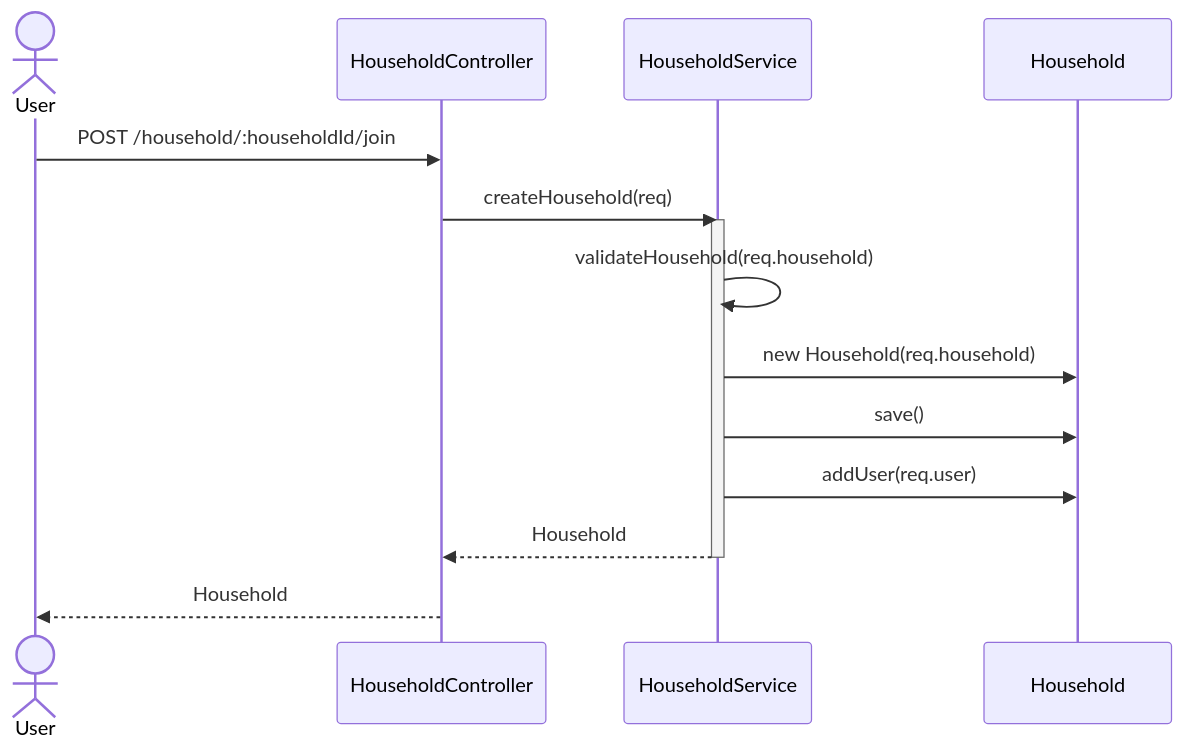
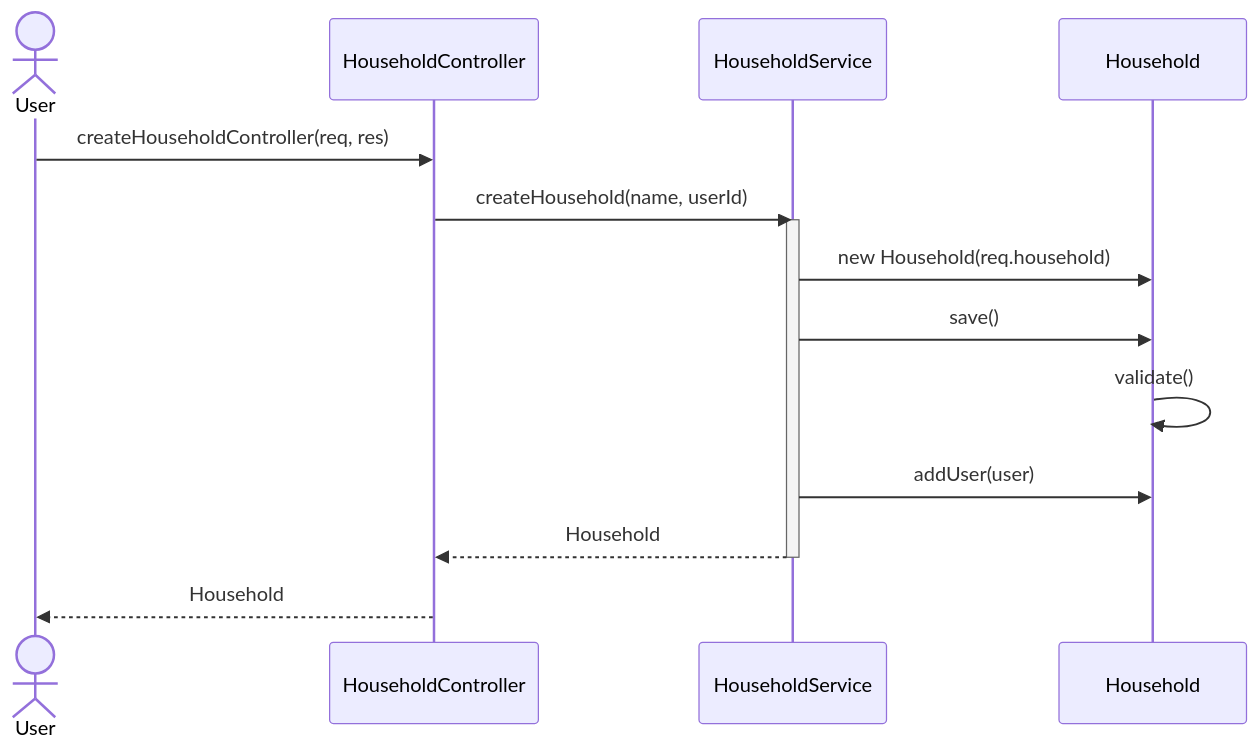
Before and after one commit to danielplan/wastend: the third of 7 diagrams in docs/user-journeys.md, drawn with Mermaid. The commit also changed other lines of this file and 4 other files, not shown here.

Commit message:
updated diagrams

````diff
--- a/docs/user-journeys.md
+++ b/docs/user-journeys.md
@@ -54,14 +62,14 @@
 ```mermaid
 sequenceDiagram
     actor User
-    User ->> HouseholdController: POST /household/:householdId/join
-    HouseholdController ->> HouseholdService: createHousehold(req)
+    User ->> HouseholdController: createHouseholdController(req, res)
+    HouseholdController ->> HouseholdService: createHousehold(name, userId)
     activate HouseholdService
-    HouseholdService ->> HouseholdService: validateHousehold(req.household)
     HouseholdService ->> Household: new Household(req.household)
     HouseholdService ->> Household: save()
-    HouseholdService ->> Household: addUser(req.user)
+    Household ->> Household: validate()
+    HouseholdService ->> Household: addUser(user)
     HouseholdService -->> HouseholdController: Household
     deactivate HouseholdService
     HouseholdController -->> User: Household
 ```
````
